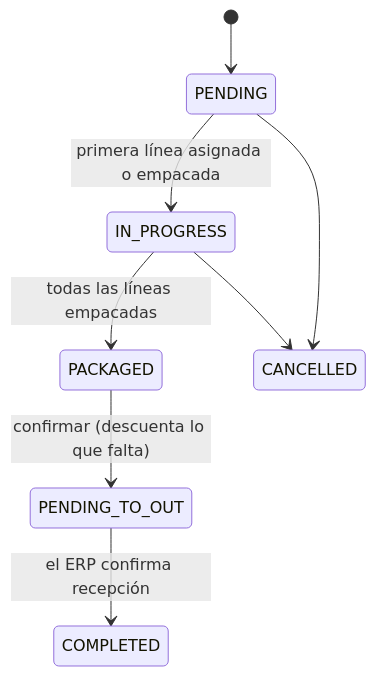
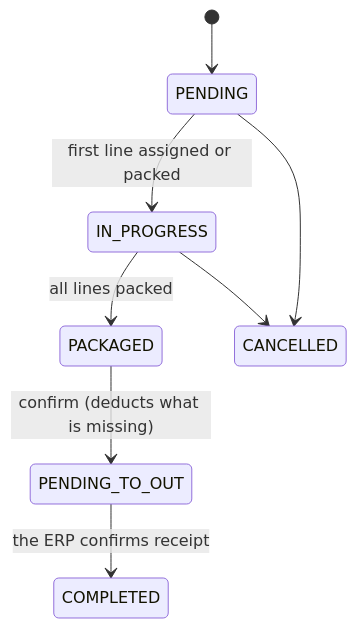
Before and after one commit to maag070208/AXZY_STOCK_FLOW: the first of 3 diagrams in docs/flujos/surtido-y-erp.md, drawn with Mermaid. The commit also changed other lines of this file and 31 other files, not shown here.

````diff
--- a/docs/flujos/surtido-y-erp.md
+++ b/docs/flujos/surtido-y-erp.md
@@ -23,10 +23,10 @@
 ```mermaid
 stateDiagram-v2
     [*] --> PENDING
-    PENDING --> IN_PROGRESS: primera línea asignada o empacada
-    IN_PROGRESS --> PACKAGED: todas las líneas empacadas
-    PACKAGED --> PENDING_TO_OUT: confirmar (descuenta lo que falta)
-    PENDING_TO_OUT --> COMPLETED: el ERP confirma recepción
+    PENDING --> IN_PROGRESS: first line assigned or packed
+    IN_PROGRESS --> PACKAGED: all lines packed
+    PACKAGED --> PENDING_TO_OUT: confirm (deducts what is missing)
+    PENDING_TO_OUT --> COMPLETED: the ERP confirms receipt
     PENDING --> CANCELLED
     IN_PROGRESS --> CANCELLED
 ```
````
